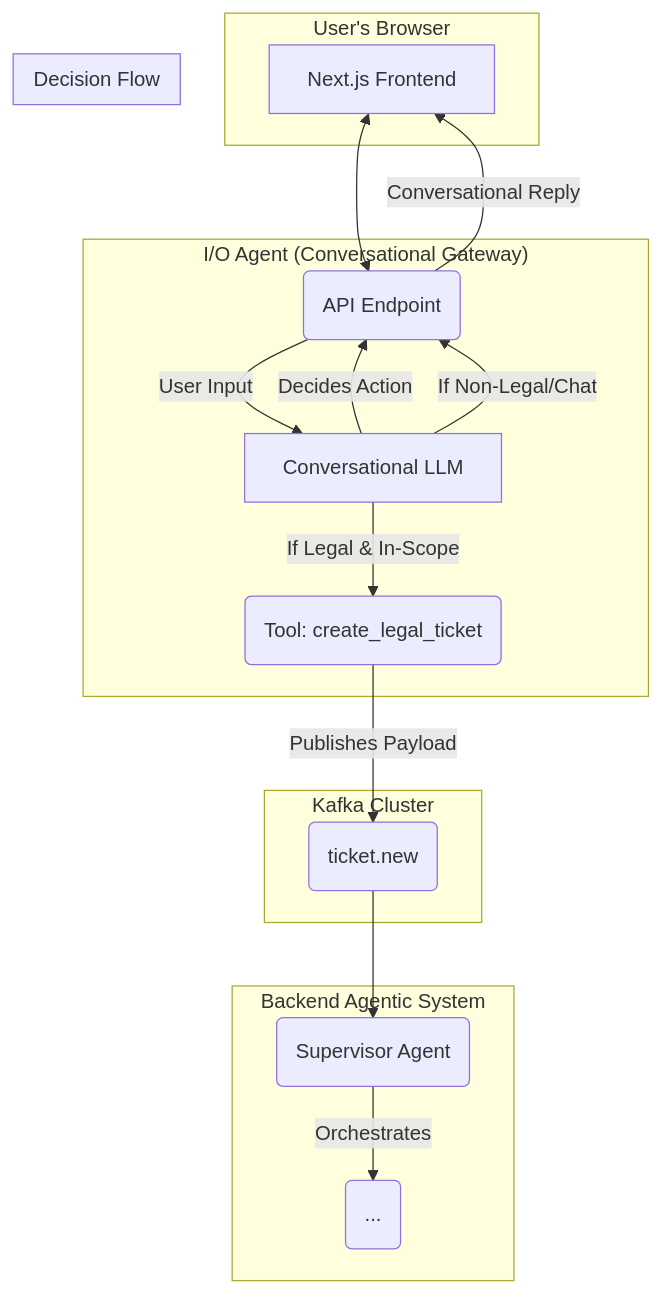
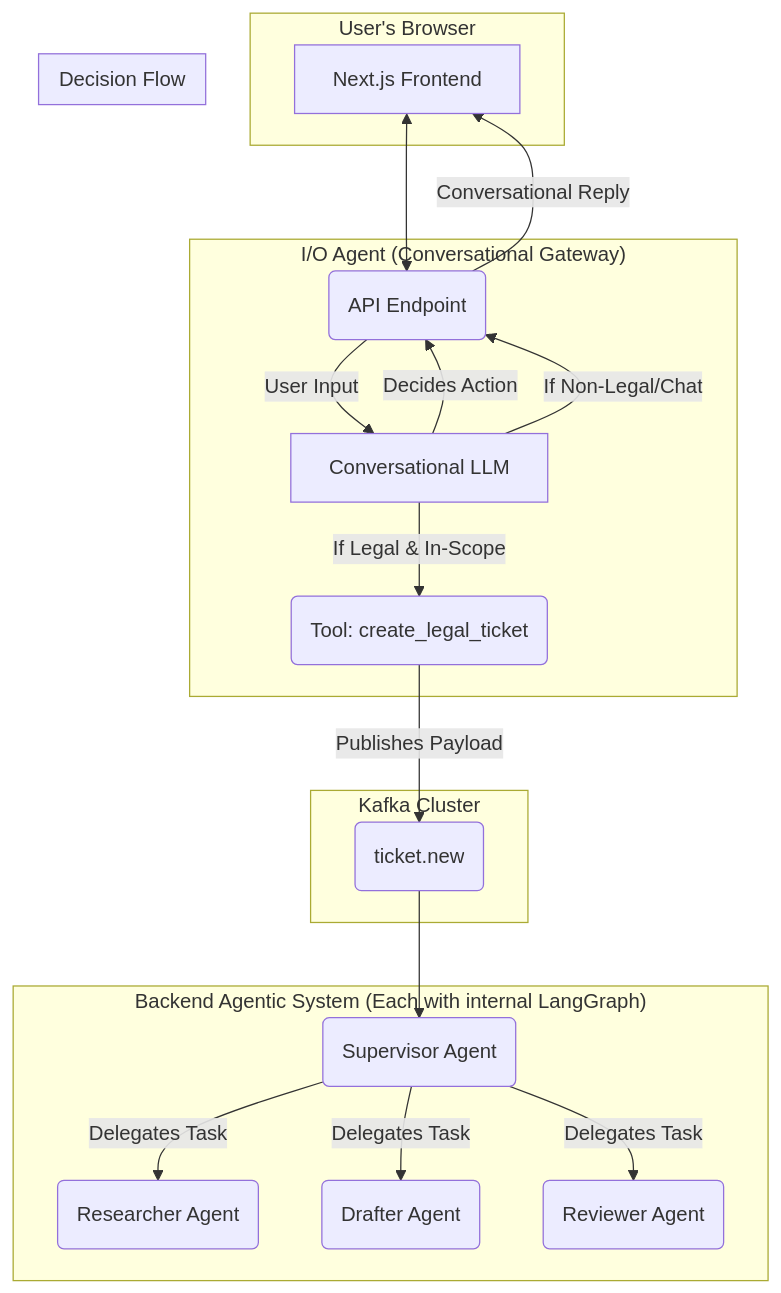
One commit to RandyGunz21/themisai changed the first of 2 diagrams in README.md. Above: the diagram before and after it, drawn with Mermaid. The commit also changed other lines of this file, not shown here.

Commit message:
Updated README file by clarify to use langgraph workflow to each agent

````diff
--- a/README.md
+++ b/README.md
@@ -124,36 +120,40 @@
 ```mermaid
 graph TD
     subgraph "User's Browser"
         A[Next.js Frontend]
     end
 
     subgraph "I/O Agent (Conversational Gateway)"
         B(API Endpoint)
         LLM_IO[Conversational LLM]
         Tool(Tool: create_legal_ticket)
     end
 
     subgraph "Kafka Cluster"
         K1(ticket.new)
     end
 
-    subgraph "Backend Agentic System"
+    subgraph "Backend Agentic System (Each with internal LangGraph)"
         D(Supervisor Agent)
-        E(...)
+        E(Researcher Agent)
+        F(Drafter Agent)
+        G(Reviewer Agent)
     end
 
     A <--> B
     B -- "User Input" --> LLM_IO
     LLM_IO -- "Decides Action" --> B
     
     subgraph "Decision Flow"
         direction LR
         LLM_IO -- "If Legal & In-Scope" --> Tool
         LLM_IO -- "If Non-Legal/Chat" --> B
     end
 
     Tool -- "Publishes Payload" --> K1
     B -- "Conversational Reply" --> A
     K1 --> D
-    D -- Orchestrates --> E
+    D -- "Delegates Task" --> E
+    D -- "Delegates Task" --> F
+    D -- "Delegates Task" --> G
 ```
````
